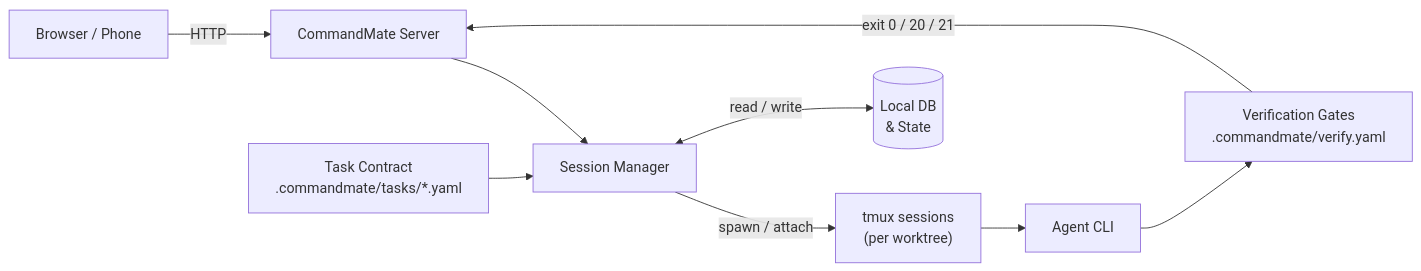
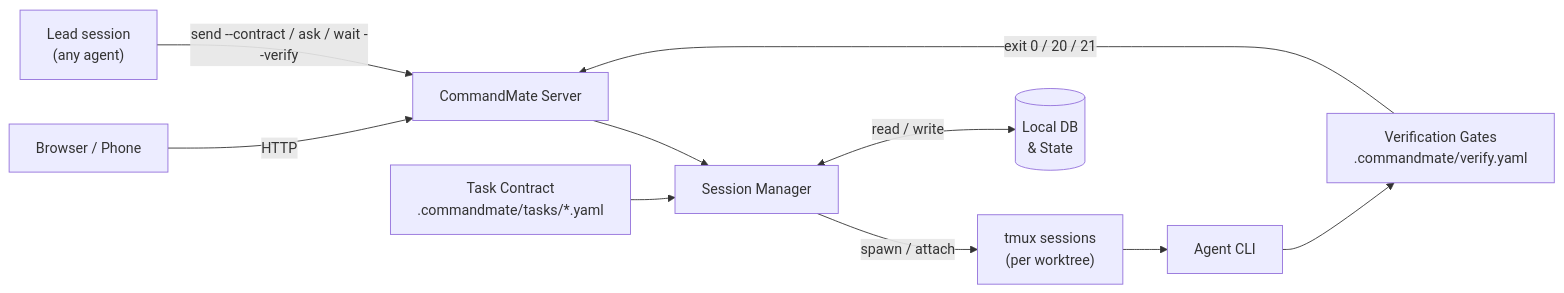
One commit to Kewton/CommandMate changed the diagram in README.md. Above: the diagram before and after it, drawn with Mermaid. The commit also changed other lines of this file and 60 other files, not shown here.

````diff
--- a/README.md
+++ b/README.md
@@ -135,11 +252,12 @@
 ```mermaid
 flowchart LR
     A["Browser / Phone"] -->|HTTP| B["CommandMate Server"]
+    L["Lead session\n(any agent)"] -->|"send --contract / ask / wait --verify"| B
     B --> C["Session Manager"]
     G["Task Contract\n.commandmate/tasks/*.yaml"] --> C
     C -->|"spawn / attach"| D["tmux sessions\n(per worktree)"]
     D --> E["Agent CLI"]
     C <-->|"read / write"| F[("Local DB\n& State")]
     E --> H["Verification Gates\n.commandmate/verify.yaml"]
     H -->|"exit 0 / 20 / 21"| B
 ```
````
